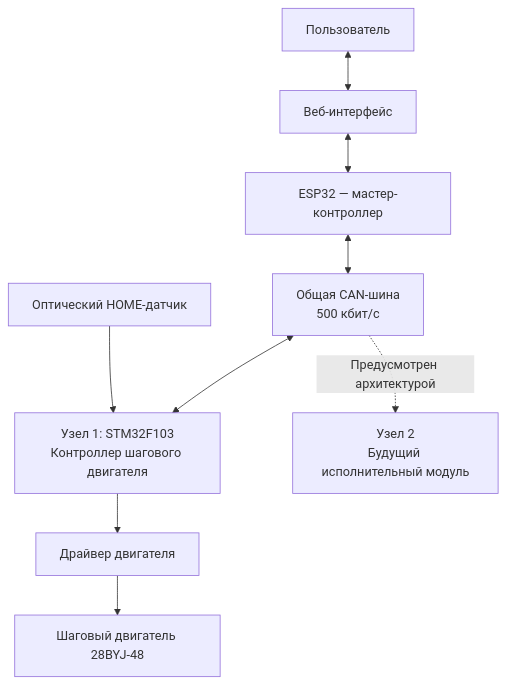
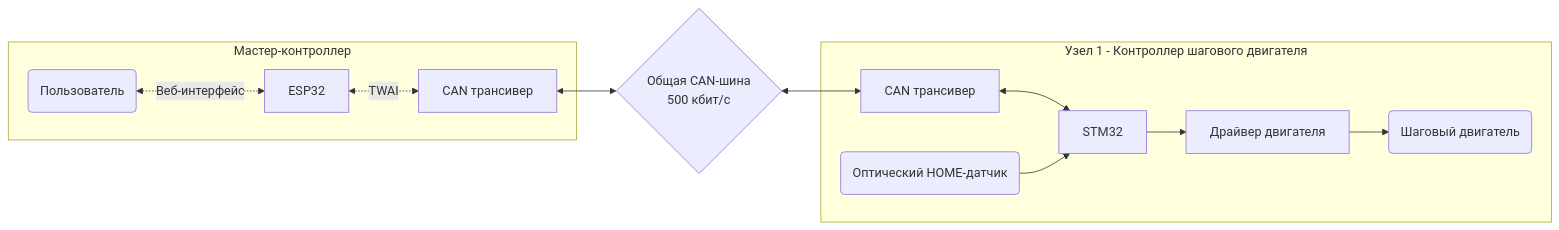
Before and after one commit to malcevandrew/Distributed-Motion-System: the diagram in README.md, drawn with Mermaid. The commit also changed other lines of this file, not shown here.

````diff
--- a/README.md
+++ b/README.md
@@ -15,21 +27,27 @@
 ```mermaid
-flowchart TB
-    User["Пользователь"]
-    Web["Веб-интерфейс"]
-    Master["ESP32 — мастер-контроллер"]
-    Bus["Общая CAN-шина<br/>500 кбит/с"]
-    Node1["Узел 1: STM32F103<br/>Контроллер шагового двигателя"]
-    Node2["Узел 2<br/>Будущий исполнительный модуль"]
-    Driver["Драйвер двигателя"]
-    Motor["Шаговый двигатель 28BYJ-48"]
-    Sensor["Оптический HOME-датчик"]
+flowchart LR
+    User( Пользователь )
+    Master[ ESP32 ]
+    Bus{ Общая CAN-шина<br/>500 кбит/с }
+    Node1[ STM32 ]
+    Driver[ Драйвер двигателя ]
+    Motor( Шаговый двигатель )
+    Sensor( Оптический HOME-датчик )
+    Trans0[ CAN трансивер ]
+    Trans1[ CAN трансивер ]
 
-    User <--> Web
-    Web <--> Master
-    Master <--> Bus
-    Bus <--> Node1
-    Bus -. "Предусмотрен архитектурой" .-> Node2
-    Node1 --> Driver
-    Driver --> Motor
-    Sensor --> Node1
+    subgraph Мастер-контроллер [Мастер-контроллер]
+        User <-. Веб-интерфейс .-> Master
+        Master <-. TWAI .-> Trans0
+    end
+
+    Trans0 <--> Bus
+    Bus <--> Trans1
+
+    subgraph Узел 1 - Контроллер шагового двигателя [Узел 1 - Контроллер шагового двигателя]
+        Trans1 <--> Node1
+        Sensor --> Node1
+        Node1 --> Driver
+        Driver --> Motor
+    end
 ```
````
